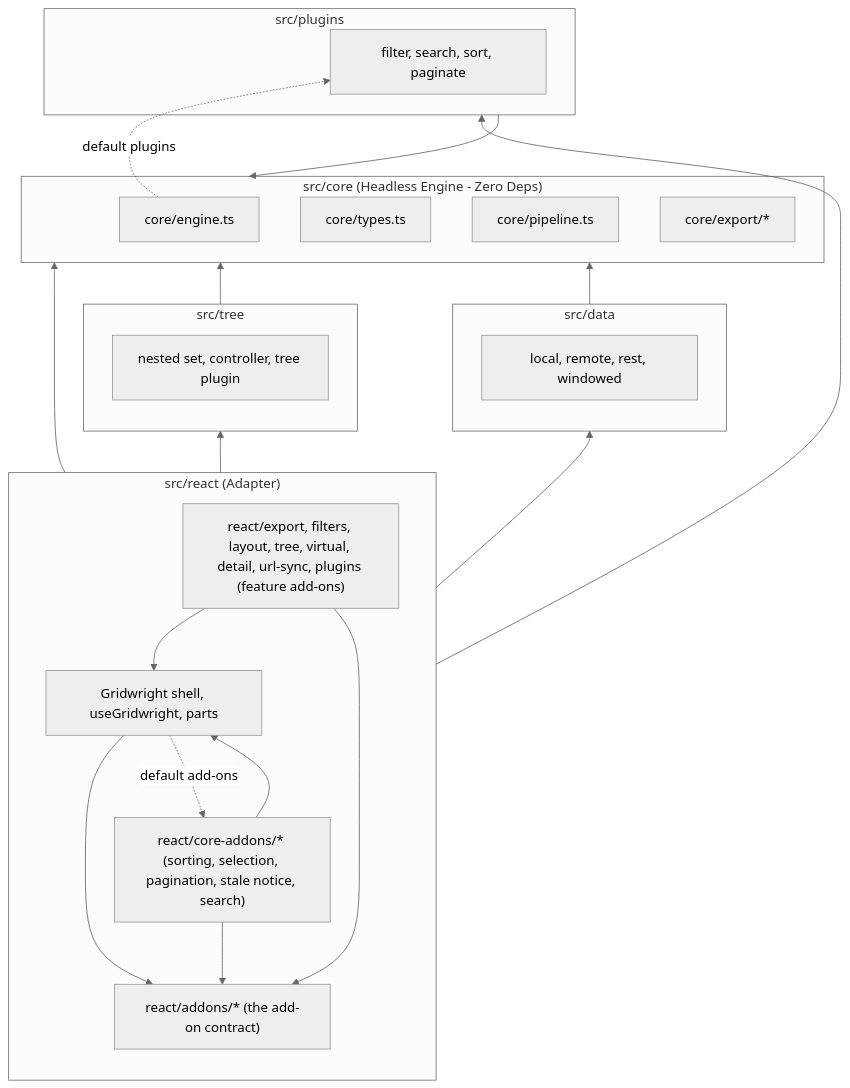
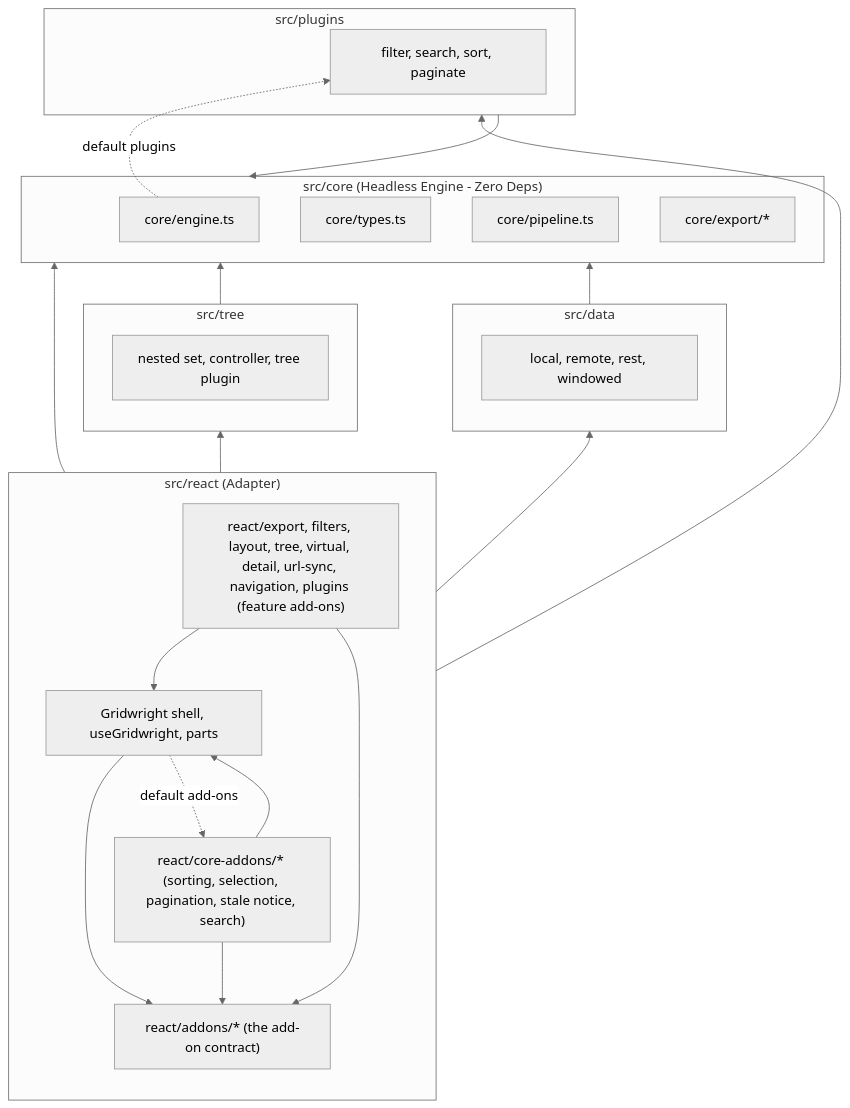
Before and after one commit to yaotzin1/apsw-gridwright: the first of 2 diagrams in specs/DEPENDENCY_MAP.md, drawn with Mermaid (neutral theme). The commit also changed other lines of this file and 70 other files, not shown here.

````diff
--- a/specs/DEPENDENCY_MAP.md
+++ b/specs/DEPENDENCY_MAP.md
@@ -7,44 +7,44 @@
 ```mermaid
 graph BT
     subgraph ReactLayer["src/react (Adapter)"]
         Shell["Gridwright shell, useGridwright, parts"]
         Contract["react/addons/* (the add-on contract)"]
         CoreAddons["react/core-addons/* (sorting, selection, pagination, stale notice, search)"]
-        FeatureAddons["react/export, filters, layout, tree, virtual, detail, url-sync, plugins (feature add-ons)"]
+        FeatureAddons["react/export, filters, layout, tree, virtual, detail, url-sync, navigation, plugins (feature add-ons)"]
 
         Shell --> Contract
         Shell -. "default add-ons" .-> CoreAddons
         CoreAddons --> Contract
         FeatureAddons --> Contract
         CoreAddons --> Shell
         FeatureAddons --> Shell
     end
 
     subgraph PluginsLayer["src/plugins"]
         BuiltinPlugins["filter, search, sort, paginate"]
     end
 
     subgraph TreeLayer["src/tree"]
         TreeCore["nested set, controller, tree plugin"]
     end
 
     subgraph DataLayer["src/data"]
         DataSources["local, remote, rest, windowed"]
     end
 
     subgraph CoreLayer["src/core (Headless Engine - Zero Deps)"]
         Engine["core/engine.ts"]
         CoreTypes["core/types.ts"]
         Pipeline["core/pipeline.ts"]
         CoreExport["core/export/*"]
     end
 
     ReactLayer --> CoreLayer
     PluginsLayer --> CoreLayer
     TreeLayer --> CoreLayer
     DataLayer --> CoreLayer
     ReactLayer --> PluginsLayer
     ReactLayer --> TreeLayer
     ReactLayer --> DataLayer
     Engine -. "default plugins" .-> BuiltinPlugins
 ```
````
